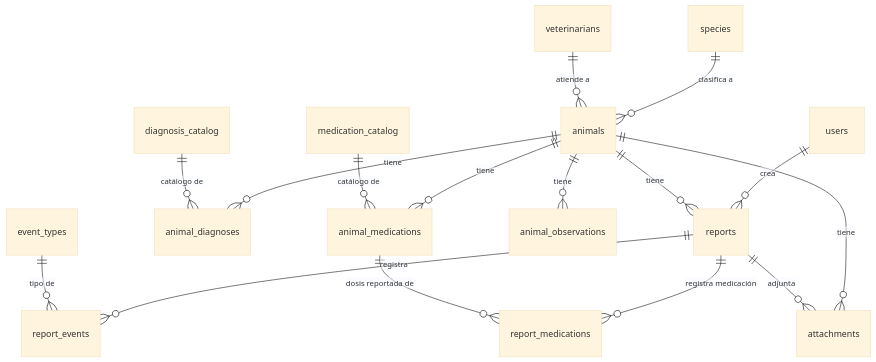
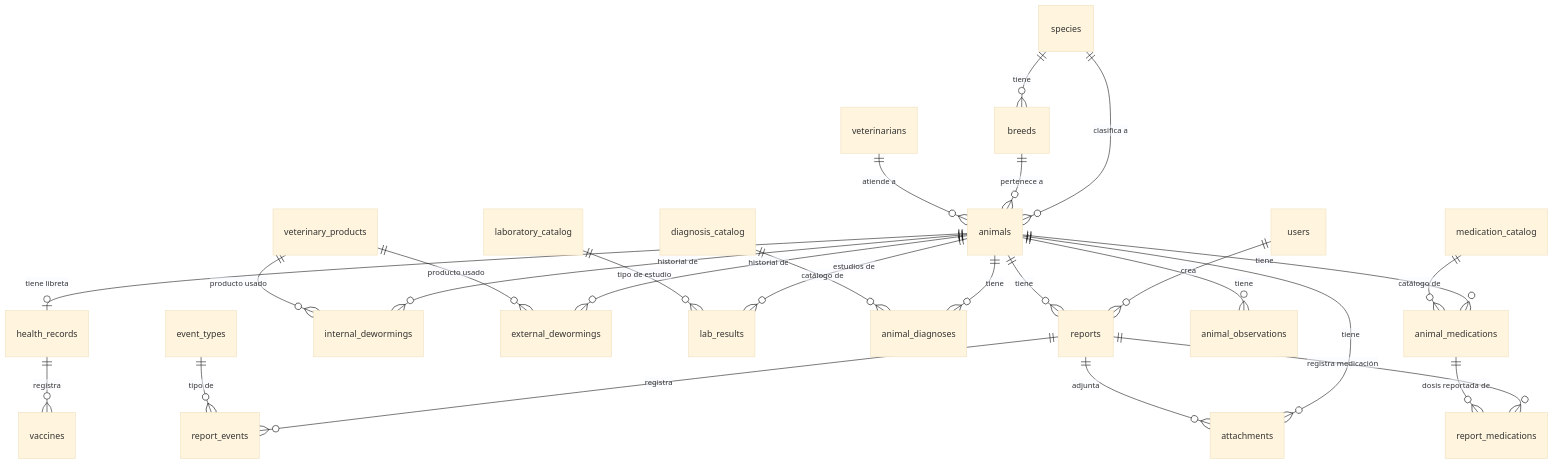
The diagram in README_BDD.md (bobadillaFacundo/PetsittingByCathy), drawn with Mermaid (base theme) before and after one commit. The commit also changed other lines of this file and 5 other files, not shown here.

Commit message:
feat: implement backend models, routes, and admin UI tabs for deworming and laboratory health records

````diff
--- a/README_BDD.md
+++ b/README_BDD.md
@@ -9,21 +9,34 @@
 ```mermaid
 erDiagram
     users ||--o{ reports : "crea"
     species ||--o{ animals : "clasifica a"
+    species ||--o{ breeds : "tiene"
+    breeds ||--o{ animals : "pertenece a"
     veterinarians ||--o{ animals : "atiende a"
+    
+    animals ||--o| health_records : "tiene libreta"
+    health_records ||--o{ vaccines : "registra"
+    
+    animals ||--o{ internal_dewormings : "historial de"
+    animals ||--o{ external_dewormings : "historial de"
+    veterinary_products ||--o{ internal_dewormings : "producto usado"
+    veterinary_products ||--o{ external_dewormings : "producto usado"
+    
+    animals ||--o{ lab_results : "estudios de"
+    laboratory_catalog ||--o{ lab_results : "tipo de estudio"
     
     animals ||--o{ reports : "tiene"
     animals ||--o{ animal_diagnoses : "tiene"
     animals ||--o{ animal_medications : "tiene"
     animals ||--o{ animal_observations : "tiene"
     animals ||--o{ attachments : "tiene"
     
     reports ||--o{ report_events : "registra"
     reports ||--o{ report_medications : "registra medicación"
     reports ||--o{ attachments : "adjunta"
     
     diagnosis_catalog ||--o{ animal_diagnoses : "catálogo de"
     medication_catalog ||--o{ animal_medications : "catálogo de"
     event_types ||--o{ report_events : "tipo de"
     animal_medications ||--o{ report_medications : "dosis reportada de"
 ```
````
